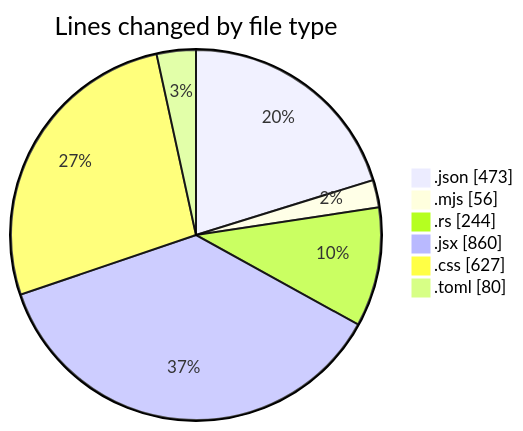
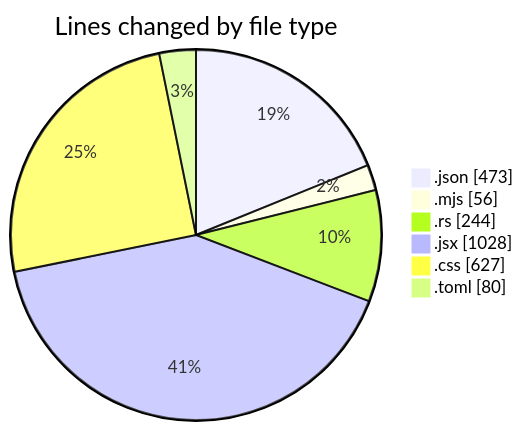
One commit to charlie-sans/code-tracking changed the first of 2 diagrams in 2025-01-28/trollerboard/README.md. Above: the diagram before and after it, drawn with Mermaid. The commit also changed other lines of this file and 1 other file, not shown here.

````diff
--- a/2025-01-28/trollerboard/README.md
+++ b/2025-01-28/trollerboard/README.md
@@ -30,10 +30,10 @@
 ```mermaid
 pie showData
 title Lines changed by file type
 ".json" : 473
 ".mjs" : 56
 ".rs" : 244
-".jsx" : 860
+".jsx" : 1028
 ".css" : 627
 ".toml" : 80
 ```
````
